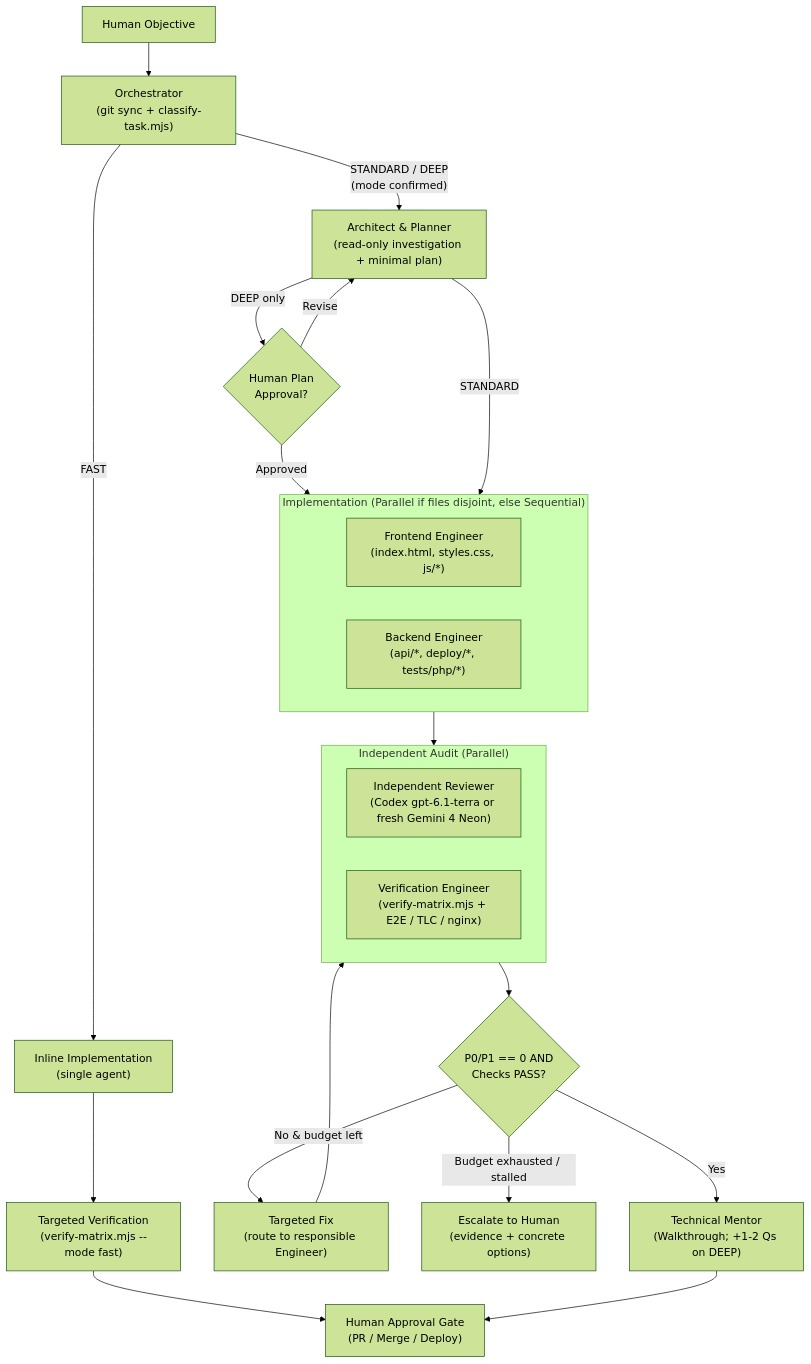
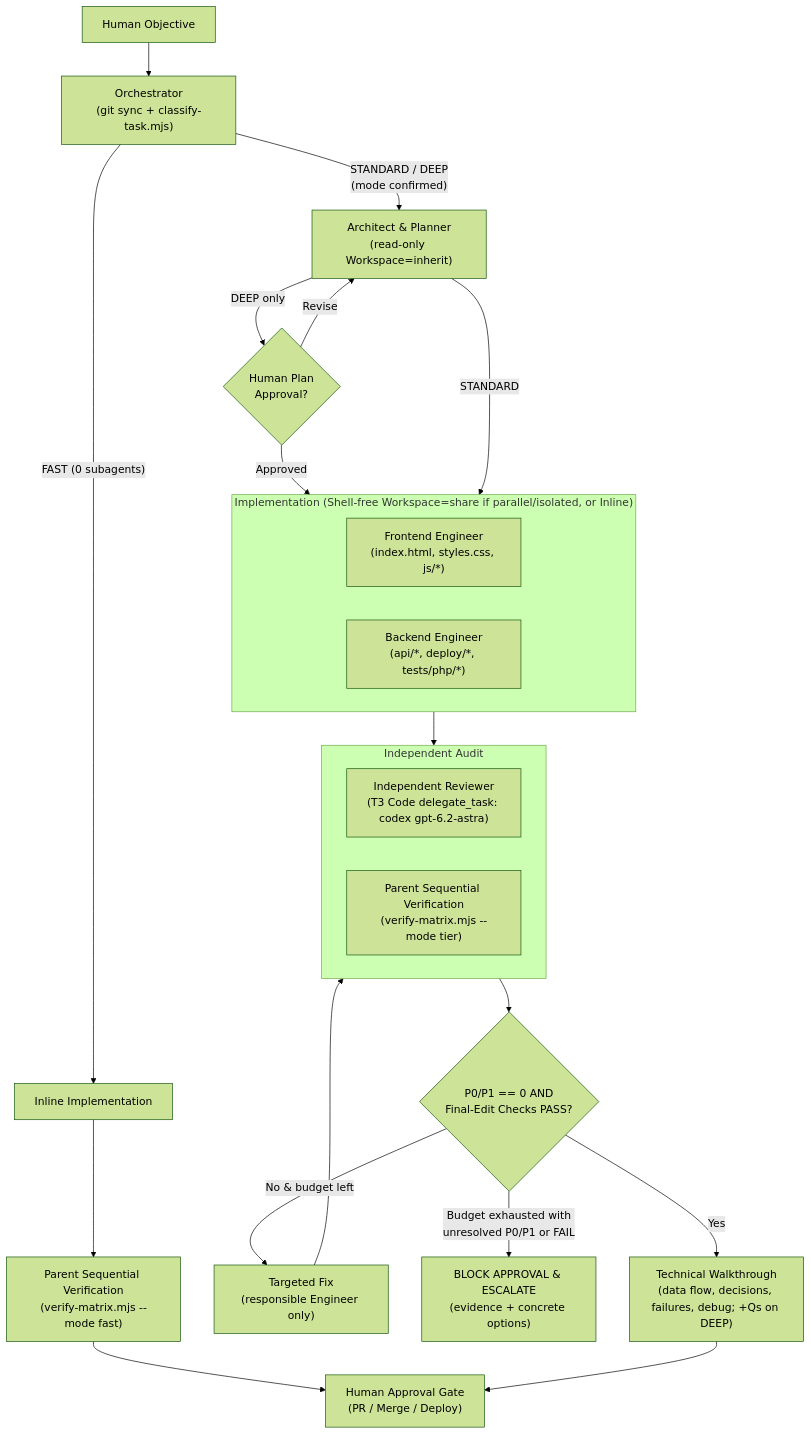
The diagram in .agents/skills/tt-orchestrator/SKILL.md (shaivsaga/TaskTracker), drawn with Mermaid (forest theme) before and after one commit. The commit also changed other lines of this file and 20 other files, not shown here.

````diff
--- a/.agents/skills/tt-orchestrator/SKILL.md
+++ b/.agents/skills/tt-orchestrator/SKILL.md
@@ -42,33 +46,33 @@
 ```mermaid
 flowchart TD
     H["Human Objective"] --> O["Orchestrator<br/>(git sync + classify-task.mjs)"]
-    O -->|"FAST"| FI["Inline Implementation<br/>(single agent)"]
-    FI --> FV["Targeted Verification<br/>(verify-matrix.mjs --mode fast)"]
+    O -->|"FAST (0 subagents)"| FI["Inline Implementation"]
+    FI --> FV["Parent Sequential Verification<br/>(verify-matrix.mjs --mode fast)"]
     FV --> HA["Human Approval Gate<br/>(PR / Merge / Deploy)"]
 
-    O -->|"STANDARD / DEEP<br/>(mode confirmed)"| AP["Architect & Planner<br/>(read-only investigation + minimal plan)"]
+    O -->|"STANDARD / DEEP<br/>(mode confirmed)"| AP["Architect & Planner<br/>(read-only Workspace=inherit)"]
     AP -->|"DEEP only"| PA{"Human Plan<br/>Approval?"}
     PA -->|"Revise"| AP
     PA -->|"Approved"| IMP
     AP -->|"STANDARD"| IMP
 
-    subgraph IMP["Implementation (Parallel if files disjoint, else Sequential)"]
+    subgraph IMP["Implementation (Shell-free Workspace=share if parallel/isolated, or Inline)"]
         direction LR
         FE["Frontend Engineer<br/>(index.html, styles.css, js/*)"]
         BE["Backend Engineer<br/>(api/*, deploy/*, tests/php/*)"]
     end
 
     IMP --> RV
-    subgraph RV["Independent Audit (Parallel)"]
+    subgraph RV["Independent Audit"]
         direction LR
-        IR["Independent Reviewer<br/>(Codex gpt-6.1-terra or fresh Gemini 4 Neon)"]
-        VE["Verification Engineer<br/>(verify-matrix.mjs + E2E / TLC / nginx)"]
+        IR["Independent Reviewer<br/>(T3 Code delegate_task: codex gpt-6.2-astra)"]
+        VE["Parent Sequential Verification<br/>(verify-matrix.mjs --mode tier)"]
     end
 
-    RV --> GATE{"P0/P1 == 0 AND<br/>Checks PASS?"}
-    GATE -->|"No & budget left"| FIX["Targeted Fix<br/>(route to responsible Engineer)"]
+    RV --> GATE{"P0/P1 == 0 AND<br/>Final-Edit Checks PASS?"}
+    GATE -->|"No & budget left"| FIX["Targeted Fix<br/>(responsible Engineer only)"]
     FIX --> RV
-    GATE -->|"Budget exhausted / stalled"| ESC["Escalate to Human<br/>(evidence + concrete options)"]
-    GATE -->|"Yes"| TM["Technical Mentor<br/>(Walkthrough; +1-2 Qs on DEEP)"]
+    GATE -->|"Budget exhausted with<br/>unresolved P0/P1 or FAIL"| BLK["BLOCK APPROVAL & ESCALATE<br/>(evidence + concrete options)"]
+    GATE -->|"Yes"| TM["Technical Walkthrough<br/>(data flow, decisions, failures, debug; +Qs on DEEP)"]
     TM --> HA
 ```
````
